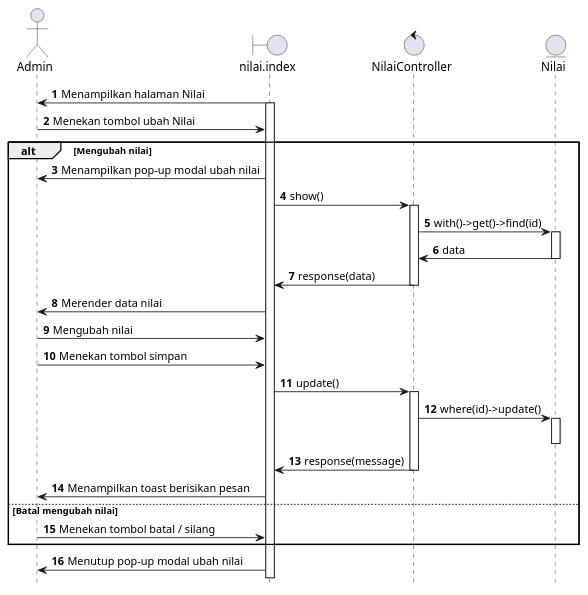
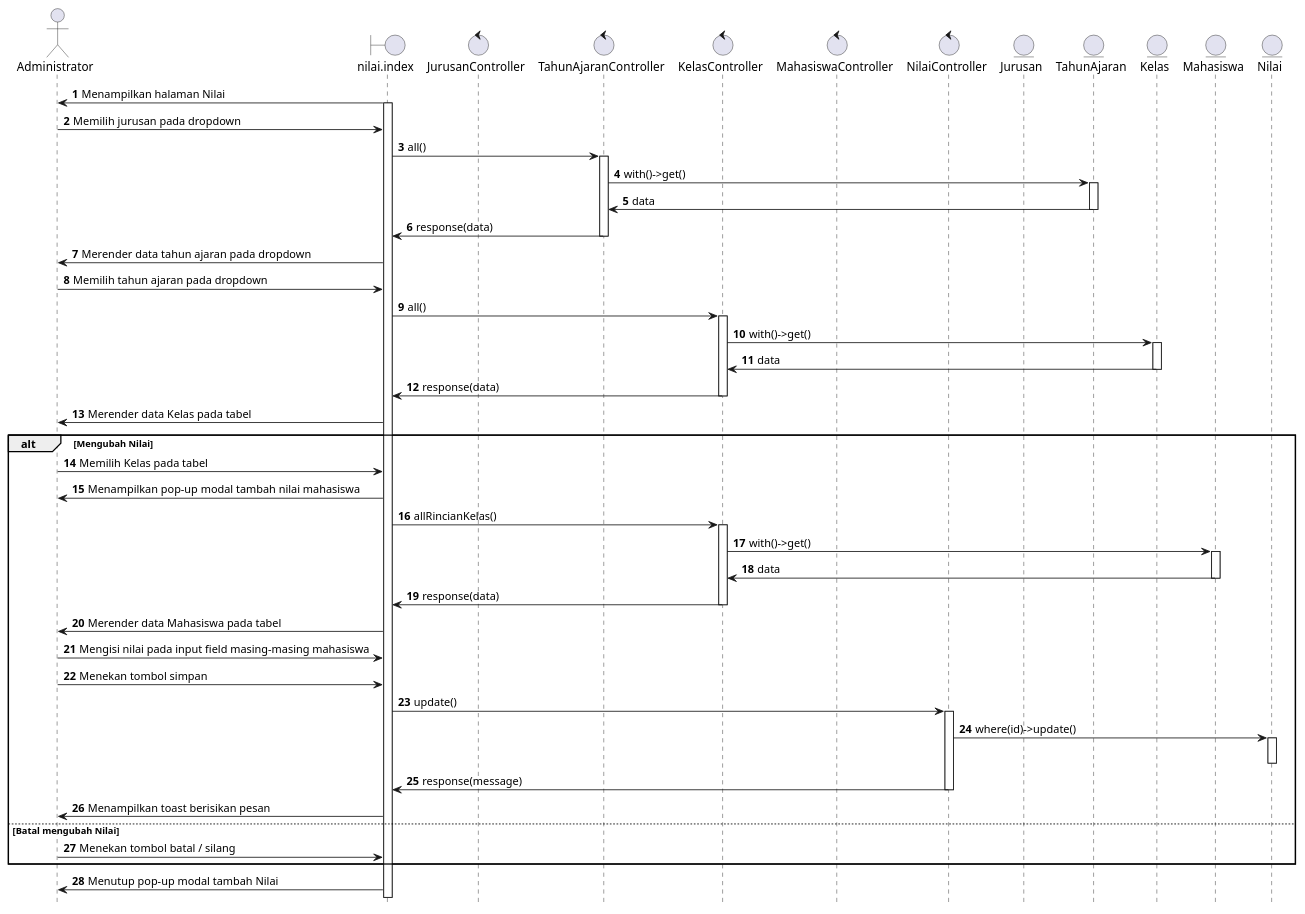
The diagram in UML/Sequence Diagram Mengubah Nilai.puml (dhymasriyanto/shamy), drawn with PlantUML before and after one commit. The commit also changed 5 other files, not shown here.

```diff
--- a/UML/Sequence Diagram Mengubah Nilai.puml
+++ b/UML/Sequence Diagram Mengubah Nilai.puml
@@ -1,66 +1,101 @@
-@startuml sequence_diagram_ubah_nilai
+@startuml sequence_diagram_tambah_nilai
 hide footbox
 autonumber
 
-actor Admin
+actor Administrator
 boundary nilai.index
+control JurusanController
+control TahunAjaranController
+control KelasController
+control MahasiswaController
 control NilaiController
+entity Jurusan
+entity TahunAjaran
+entity Kelas
+entity Mahasiswa
 entity Nilai
 
-nilai.index -> Admin : Menampilkan halaman Nilai
+
+nilai.index -> Administrator : Menampilkan halaman Nilai
 
 activate nilai.index
 
-Admin -> nilai.index : Menekan tombol ubah Nilai
 
-alt Mengubah nilai
+Administrator -> nilai.index : Memilih jurusan pada dropdown
 
-nilai.index -> Admin : Menampilkan pop-up modal ubah nilai
 
-nilai.index -> NilaiController : show()
+nilai.index -> TahunAjaranController : all()
+activate TahunAjaranController
 
-activate NilaiController
+TahunAjaranController -> TahunAjaran : with()->get()
+activate TahunAjaran
+TahunAjaran -> TahunAjaranController : data
 
-NilaiController -> Nilai : with()->get()->find(id)
+deactivate TahunAjaran
+TahunAjaranController -> nilai.index : response(data)
+deactivate TahunAjaranController
+nilai.index -> Administrator : Merender data tahun ajaran pada dropdown
 
-activate Nilai
+Administrator -> nilai.index : Memilih tahun ajaran pada dropdown
 
-Nilai -> NilaiController : data
+nilai.index -> KelasController : all()
+activate KelasController
 
-deactivate Nilai
+KelasController -> Kelas : with()->get()
+activate Kelas
+Kelas -> KelasController : data
 
-NilaiController -> nilai.index : response(data)
+deactivate Kelas
+KelasController -> nilai.index : response(data)
+deactivate KelasController
 
-deactivate NilaiController
+nilai.index -> Administrator : Merender data Kelas pada tabel
 
-nilai.index -> Admin : Merender data nilai
+alt Mengubah Nilai
 
-Admin -> nilai.index : Mengubah nilai
+Administrator -> nilai.index : Memilih Kelas pada tabel
 
-Admin -> nilai.index : Menekan tombol simpan
+nilai.index -> Administrator : Menampilkan pop-up modal tambah nilai mahasiswa
+
+nilai.index -> KelasController : allRincianKelas()
+
+activate KelasController
+
+KelasController -> Mahasiswa : with()->get()
+activate Mahasiswa
+Mahasiswa -> KelasController : data
+
+deactivate Mahasiswa
+KelasController -> nilai.index : response(data)
+deactivate KelasController
+
+nilai.index -> Administrator : Merender data Mahasiswa pada tabel
+
+Administrator -> nilai.index : Mengisi nilai pada input field masing-masing mahasiswa
+
+Administrator -> nilai.index : Menekan tombol simpan
 
 nilai.index -> NilaiController : update()
 
 activate NilaiController
 
 NilaiController -> Nilai : where(id)->update()
 
 activate Nilai
 
 deactivate Nilai
 
 NilaiController -> nilai.index : response(message)
 
 deactivate NilaiController
+nilai.index -> Administrator : Menampilkan toast berisikan pesan
 
-nilai.index -> Admin : Menampilkan toast berisikan pesan
+else Batal mengubah Nilai
 
-else Batal mengubah nilai
-
-Admin -> nilai.index : Menekan tombol batal / silang
+Administrator -> nilai.index : Menekan tombol batal / silang
 
 end
 
-nilai.index -> Admin : Menutup pop-up modal ubah nilai
+nilai.index -> Administrator : Menutup pop-up modal tambah Nilai
 
 @enduml
```
